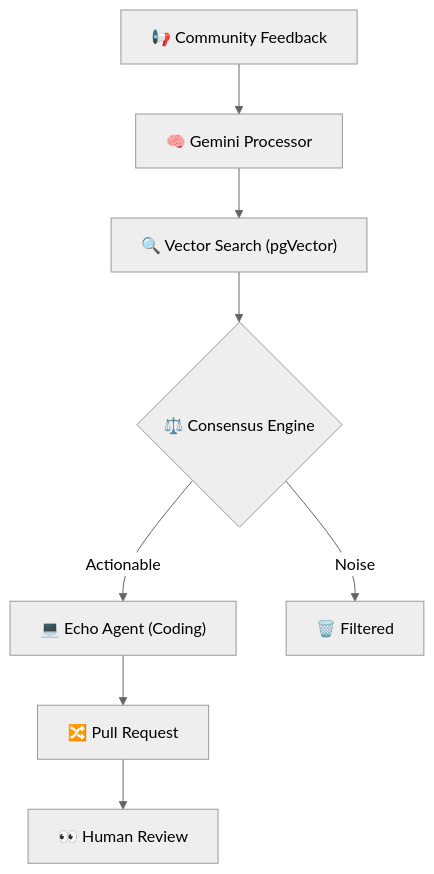
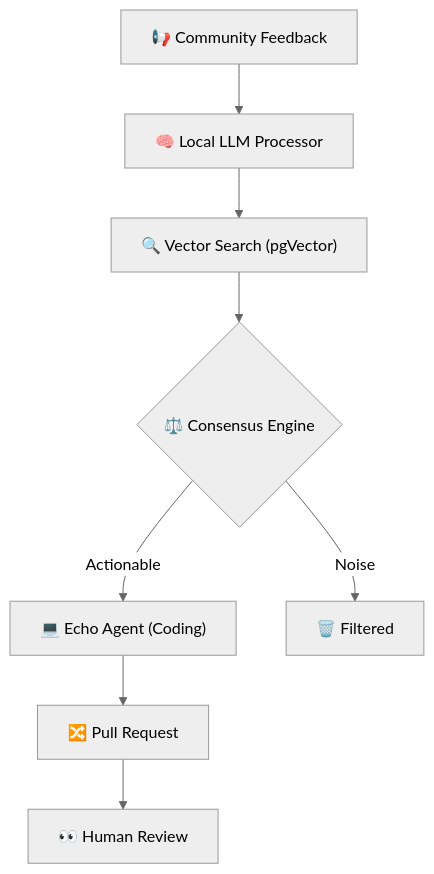
One commit to VaradSinghal/echo.v2 changed the diagram in README.md. Above: the diagram before and after it, drawn with Mermaid (neutral theme). The commit also changed other lines of this file and 32 other files, not shown here.

````diff
--- a/README.md
+++ b/README.md
@@ -17,10 +17,10 @@
 ```mermaid
 graph TD
-    A["📢 Community Feedback"] --> B["🧠 Gemini Processor"]
+    A["📢 Community Feedback"] --> B["🧠 Local LLM Processor"]
     B --> C["🔍 Vector Search (pgVector)"]
     C --> D{"⚖️ Consensus Engine"}
     D -- "Actionable" --> E["💻 Echo Agent (Coding)"]
     D -- "Noise" --> F["🗑️ Filtered"]
     E --> G["🔀 Pull Request"]
     G --> H["👀 Human Review"]
 ```
````
